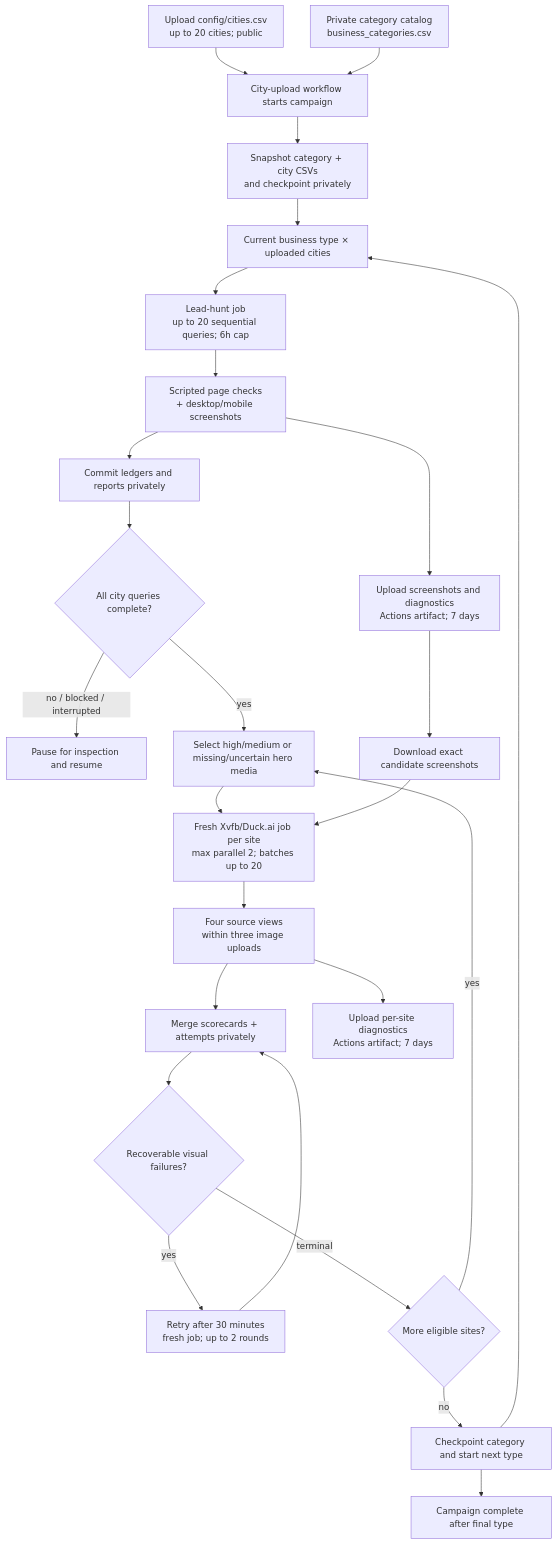
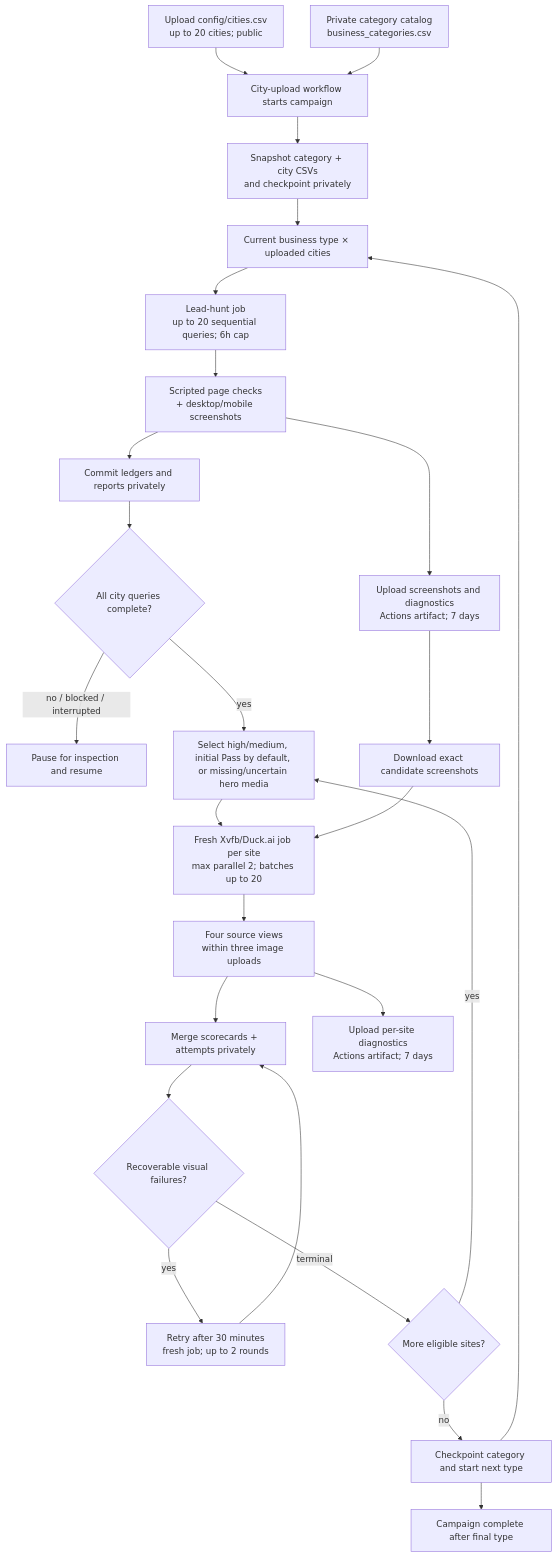
One commit to hometownredesignsites/website-lead-hunting changed the diagram in README.md. Above: the diagram before and after it, drawn with Mermaid. The commit also changed other lines of this file and 5 other files, not shown here.

Commit message:
Include initial pass candidates in Duck.ai reviews

````diff
--- a/README.md
+++ b/README.md
@@ -32,28 +32,28 @@
 ```mermaid
 flowchart TD
     A[Upload config/cities.csv<br/>up to 20 cities; public] --> B[City-upload workflow starts campaign]
     C[Private category catalog<br/>business_categories.csv] --> B
     B --> D[Snapshot category + city CSVs<br/>and checkpoint privately]
     D --> E[Current business type × uploaded cities]
     E --> F[Lead-hunt job<br/>up to 20 sequential queries; 6h cap]
     F --> G[Scripted page checks<br/>+ desktop/mobile screenshots]
     G --> H[Commit ledgers and reports privately]
     G --> I[Upload screenshots and diagnostics<br/>Actions artifact; 7 days]
     H --> J{All city queries complete?}
     J -- no / blocked / interrupted --> K[Pause for inspection and resume]
-    J -- yes --> L[Select high/medium or missing/uncertain hero media]
+    J -- yes --> L[Select high/medium, initial Pass by default, or missing/uncertain hero media]
     I --> M[Download exact candidate screenshots]
     L --> N[Fresh Xvfb/Duck.ai job per site<br/>max parallel 2; batches up to 20]
     M --> N
     N --> O[Four source views<br/>within three image uploads]
     O --> P[Merge scorecards + attempts privately]
     O --> Q[Upload per-site diagnostics<br/>Actions artifact; 7 days]
     P --> R{Recoverable visual failures?}
     R -- yes --> S[Retry after 30 minutes<br/>fresh job; up to 2 rounds]
     S --> P
     R -- terminal --> T{More eligible sites?}
     T -- yes --> L
     T -- no --> U[Checkpoint category and start next type]
     U --> E
     U --> V[Campaign complete after final type]
 ```
````
